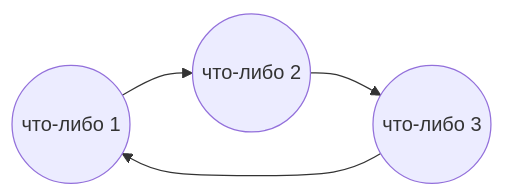
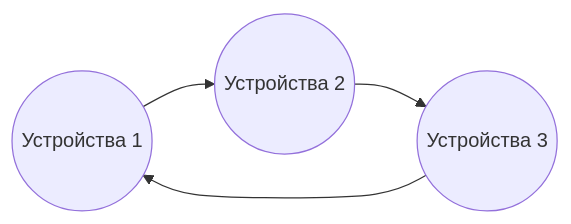
The first of 2 diagrams in _posts/2019-8-17-Начало-всего-Сеть.md (RaiDeiNz/RaiDeiNz.github.io-blog), drawn with Mermaid before and after one commit. The commit also changed other lines of this file and 1 other file, not shown here.

````diff
--- a/_posts/2019-8-17-Начало-всего-Сеть.md
+++ b/_posts/2019-8-17-Начало-всего-Сеть.md
@@ -15,6 +15,6 @@
 ```mermaid
 graph LR
-    A1((что-либо 1)) --> A2((что-либо 2))
-    A2 --> A3((что-либо 3))
-    A3 --> A1((что-либо 1))
+    A1((Устройства 1)) --> A2((Устройства 2))
+    A2 --> A3((Устройства 3))
+    A3 --> A1((Устройства 1))
 ```
````
